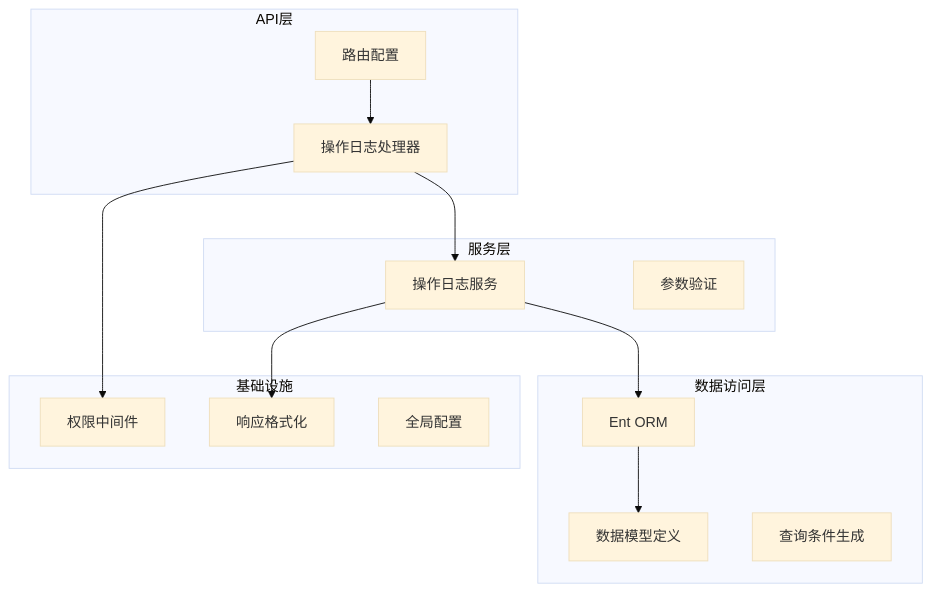
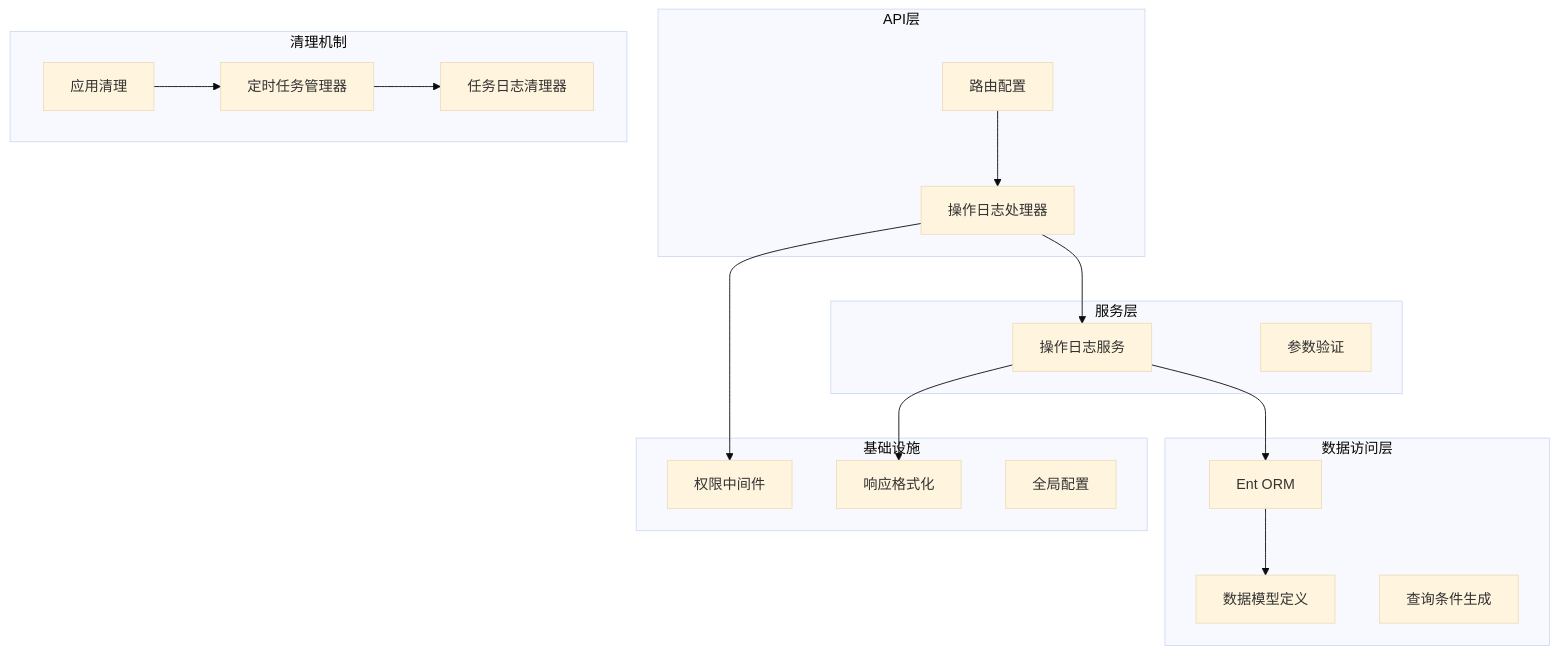
The first of 6 diagrams in .qoder/repowiki/zh/content/API接口文档/操作日志管理接口.md (wuwuseo/e-sports-go-admin), drawn with Mermaid (base theme) before and after one commit. The commit also changed other lines of this file and 26 other files, not shown here.

````diff
--- a/.qoder/repowiki/zh/content/API接口文档/操作日志管理接口.md
+++ b/.qoder/repowiki/zh/content/API接口文档/操作日志管理接口.md
@@ -41,27 +53,34 @@
 ```mermaid
 graph TB
 subgraph "API层"
 Handler[操作日志处理器]
 Router[路由配置]
 end
 subgraph "服务层"
 Service[操作日志服务]
 Validation[参数验证]
 end
 subgraph "数据访问层"
 Ent[Ent ORM]
 Schema[数据模型定义]
 Where[查询条件生成]
 end
 subgraph "基础设施"
 Middleware[权限中间件]
 Response[响应格式化]
 Global[全局配置]
 end
+subgraph "清理机制"
+CronManager[定时任务管理器]
+JobLogger[任务日志清理器]
+Cleanup[应用清理]
+end
 Handler --> Service
 Service --> Ent
 Ent --> Schema
 Handler --> Middleware
 Service --> Response
 Router --> Handler
+CronManager --> JobLogger
+Cleanup --> CronManager
 ```
````
